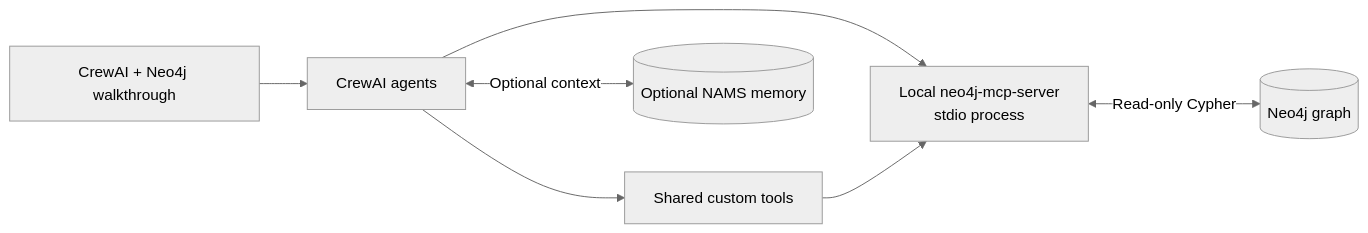
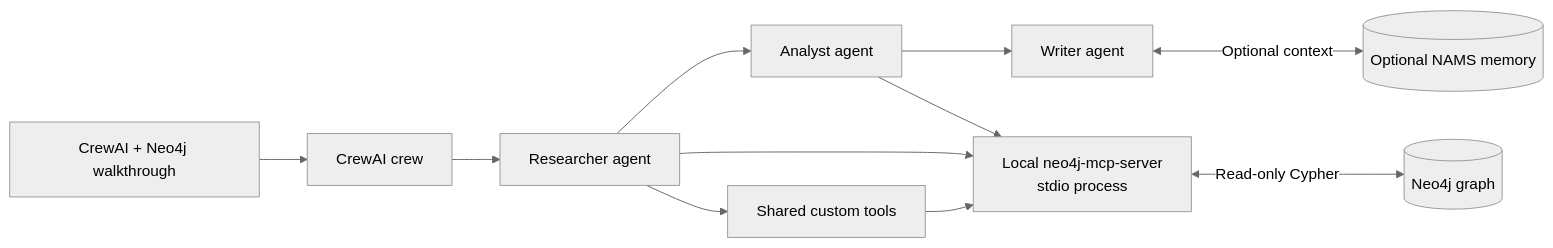
One commit to neo4j-labs/neo4j-agent-integrations changed the diagram in crewai/README.md. Above: the diagram before and after it, drawn with Mermaid (neutral theme). The commit also changed other lines of this file and 2 other files, not shown here.

````diff
--- a/crewai/README.md
+++ b/crewai/README.md
@@ -22,16 +27,21 @@
 ```mermaid
 flowchart LR
     Notebook["CrewAI + Neo4j walkthrough"]
-    CrewAI["CrewAI agents"]
+    Crew["CrewAI crew"]
+    Researcher["Researcher agent"]
+    Analyst["Analyst agent"]
+    Writer["Writer agent"]
     MCP["Local neo4j-mcp-server\nstdio process"]
     Custom["Shared custom tools"]
     Neo4j[("Neo4j graph")]
     NAMS[("Optional NAMS memory")]
 
-    Notebook --> CrewAI
-    CrewAI --> MCP
-    CrewAI --> Custom
+    Notebook --> Crew
+    Crew --> Researcher --> Analyst --> Writer
+    Researcher --> MCP
+    Analyst --> MCP
+    Researcher --> Custom
     MCP <-->|Read-only Cypher| Neo4j
     Custom --> MCP
-    CrewAI <-->|Optional context| NAMS
+    Writer <-->|Optional context| NAMS
 ```
````
